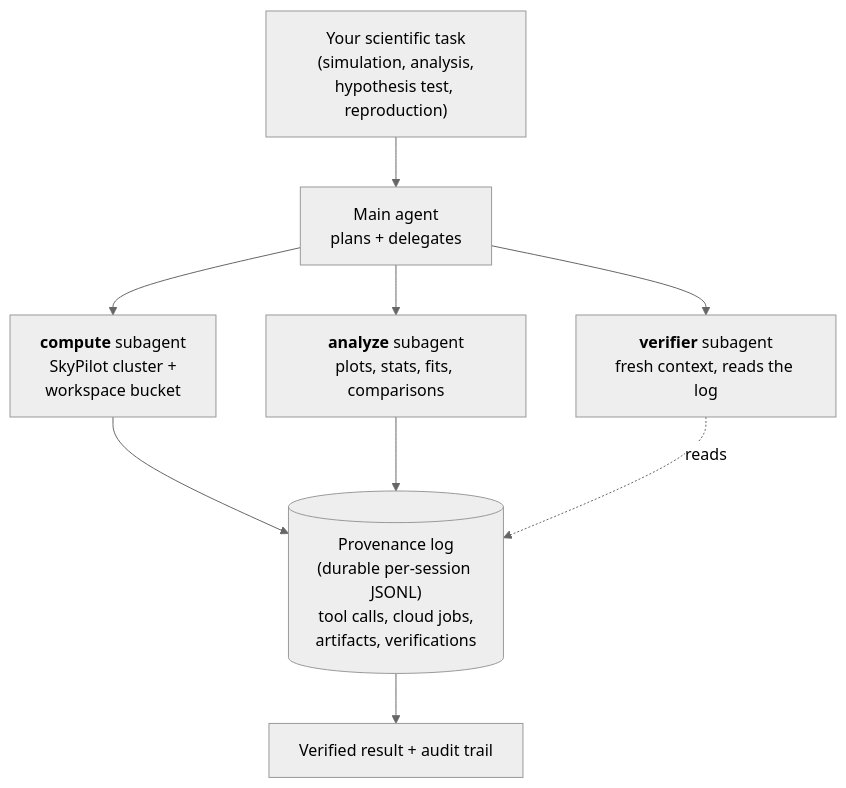
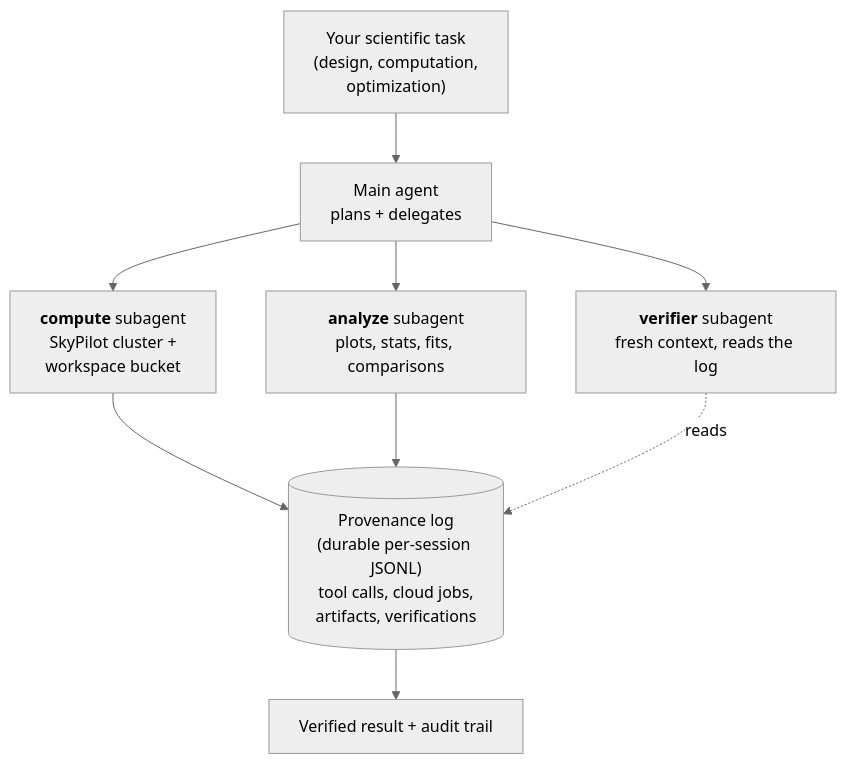
One commit to sciagent-ai/sciagent-cli changed the diagram in README.md. Above: the diagram before and after it, drawn with Mermaid (neutral theme).

Commit message:
Improved readme.

````diff
--- a/README.md
+++ b/README.md
@@ -11,19 +11,19 @@
 ```mermaid
 flowchart TD
-    Goal["Your scientific task<br/>(simulation, analysis,<br/>hypothesis test, reproduction)"]
+    Goal["Your scientific task<br/>(design, computation,<br/>optimization)"]
     Main["Main agent<br/>plans + delegates"]
     Compute["<b>compute</b> subagent<br/>SkyPilot cluster +<br/>workspace bucket"]
     Analyze["<b>analyze</b> subagent<br/>plots, stats, fits, comparisons"]
     Verifier["<b>verifier</b> subagent<br/>fresh context, reads the log"]
     Log[("Provenance log<br/>(durable per-session JSONL)<br/>tool calls, cloud jobs,<br/>artifacts, verifications")]
     Result["Verified result + audit trail"]
 
     Goal --> Main
     Main --> Compute
     Main --> Analyze
     Main --> Verifier
     Compute --> Log
     Analyze --> Log
     Verifier -. reads .-> Log
     Log --> Result
 ```
````
